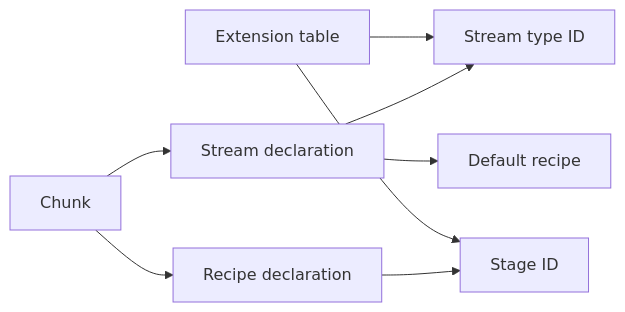
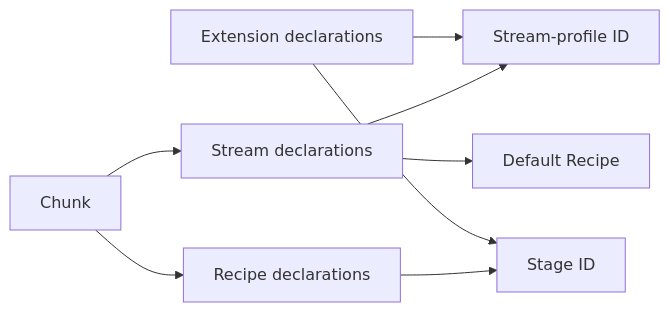
The second of 4 diagrams in docs/anatomy.md (SmolBlackHole/Obst), drawn with Mermaid before and after one commit. The commit also changed other lines of this file and 73 other files, not shown here.

````diff
--- a/docs/anatomy.md
+++ b/docs/anatomy.md
@@ -90,10 +71,10 @@
 ```mermaid
 flowchart LR
-    ExtensionTable["Extension table"] --> StreamType["Stream type ID"]
-    ExtensionTable --> StageID["Stage ID"]
-    Stream["Stream declaration"] --> StreamType
-    Stream --> DefaultRecipe["Default recipe"]
-    Recipe["Recipe declaration"] --> StageID
-    Chunk["Chunk"] --> Stream
-    Chunk --> Recipe
+    Extensions["Extension declarations"] --> Profile["Stream-profile ID"]
+    Extensions --> Stage["Stage ID"]
+    Streams["Stream declarations"] --> Profile
+    Streams --> DefaultRecipe["Default Recipe"]
+    Recipes["Recipe declarations"] --> Stage
+    Chunk["Chunk"] --> Streams
+    Chunk --> Recipes
 ```
````
